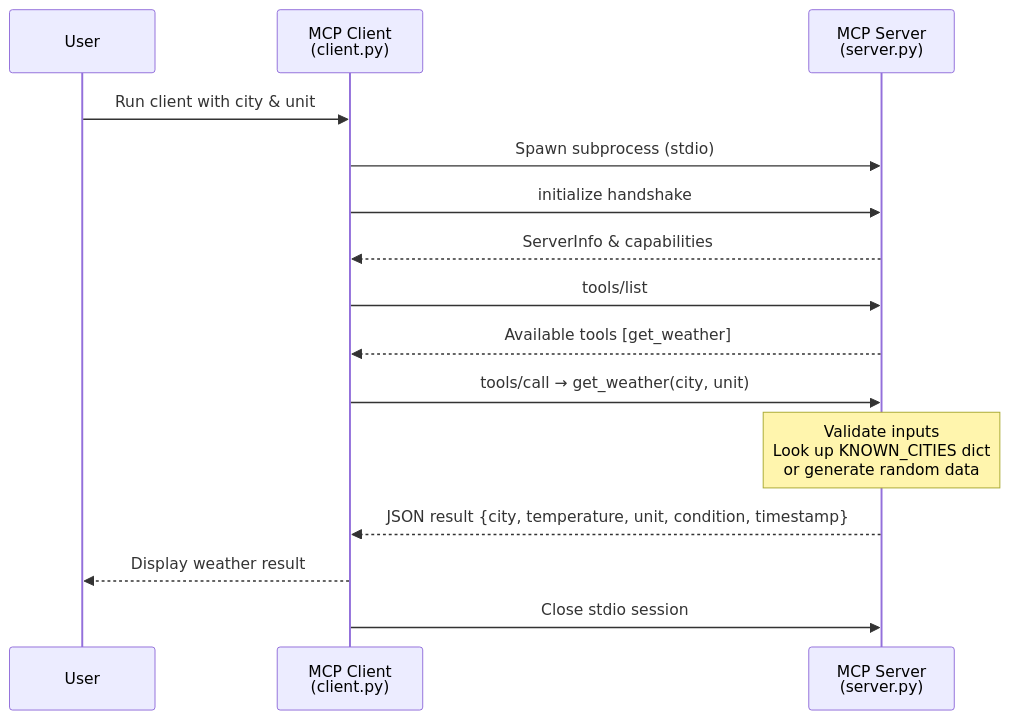
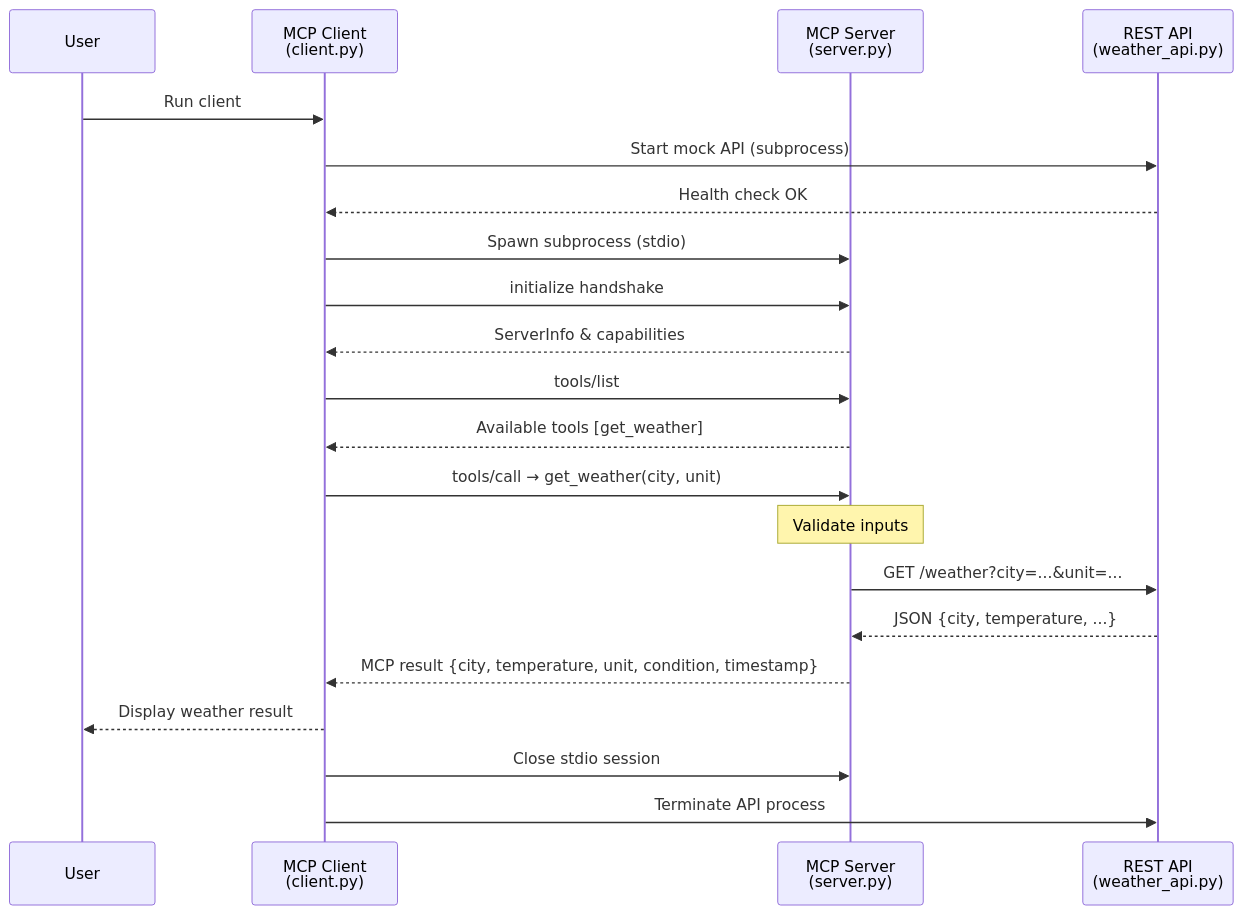
Before and after one commit to bsozer06/poc-basic-weather-mcp: the first of 2 diagrams in README.md, drawn with Mermaid. The commit also changed other lines of this file and 5 other files, not shown here.

Commit message:
Implement MCP Weather PoC with REST API integration and mock server

````diff
--- a/README.md
+++ b/README.md
@@ -26,22 +36,30 @@
 ```mermaid
 sequenceDiagram
     participant User
     participant Client as MCP Client<br/>(client.py)
     participant Server as MCP Server<br/>(server.py)
+    participant API as REST API<br/>(weather_api.py)
 
-    User->>Client: Run client with city & unit
+    User->>Client: Run client
+    Client->>API: Start mock API (subprocess)
+    API-->>Client: Health check OK
+
     Client->>Server: Spawn subprocess (stdio)
     Client->>Server: initialize handshake
     Server-->>Client: ServerInfo & capabilities
 
     Client->>Server: tools/list
     Server-->>Client: Available tools [get_weather]
 
     Client->>Server: tools/call → get_weather(city, unit)
 
-    Note over Server: Validate inputs<br/>Look up KNOWN_CITIES dict<br/>or generate random data
+    Note over Server: Validate inputs
 
-    Server-->>Client: JSON result {city, temperature, unit, condition, timestamp}
+    Server->>API: GET /weather?city=...&unit=...
+    API-->>Server: JSON {city, temperature, ...}
+
+    Server-->>Client: MCP result {city, temperature, unit, condition, timestamp}
     Client-->>User: Display weather result
     Client->>Server: Close stdio session
+    Client->>API: Terminate API process
 ```
````
